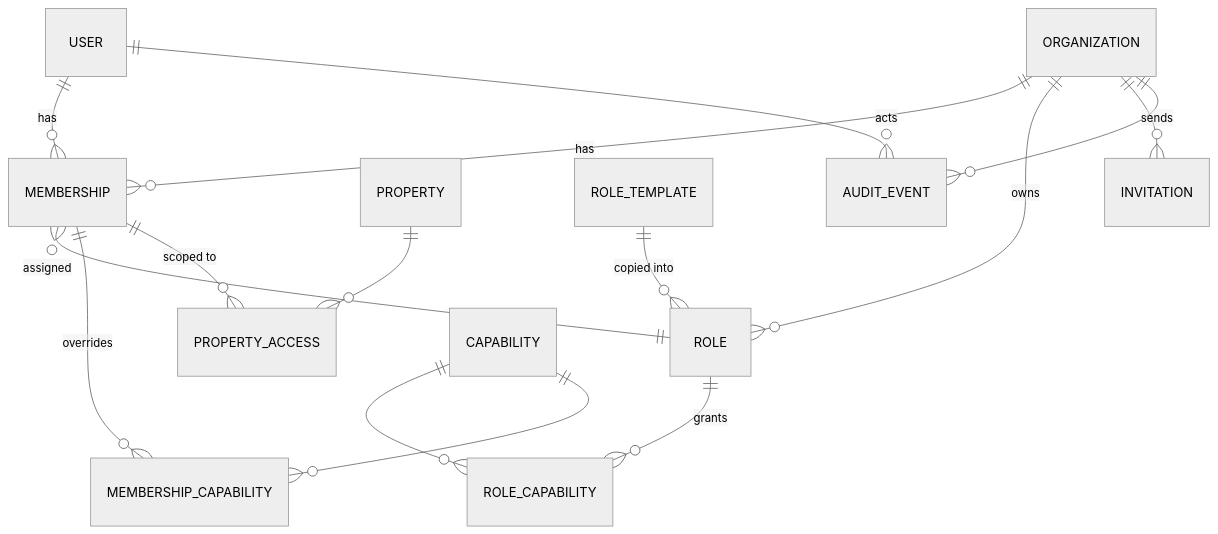
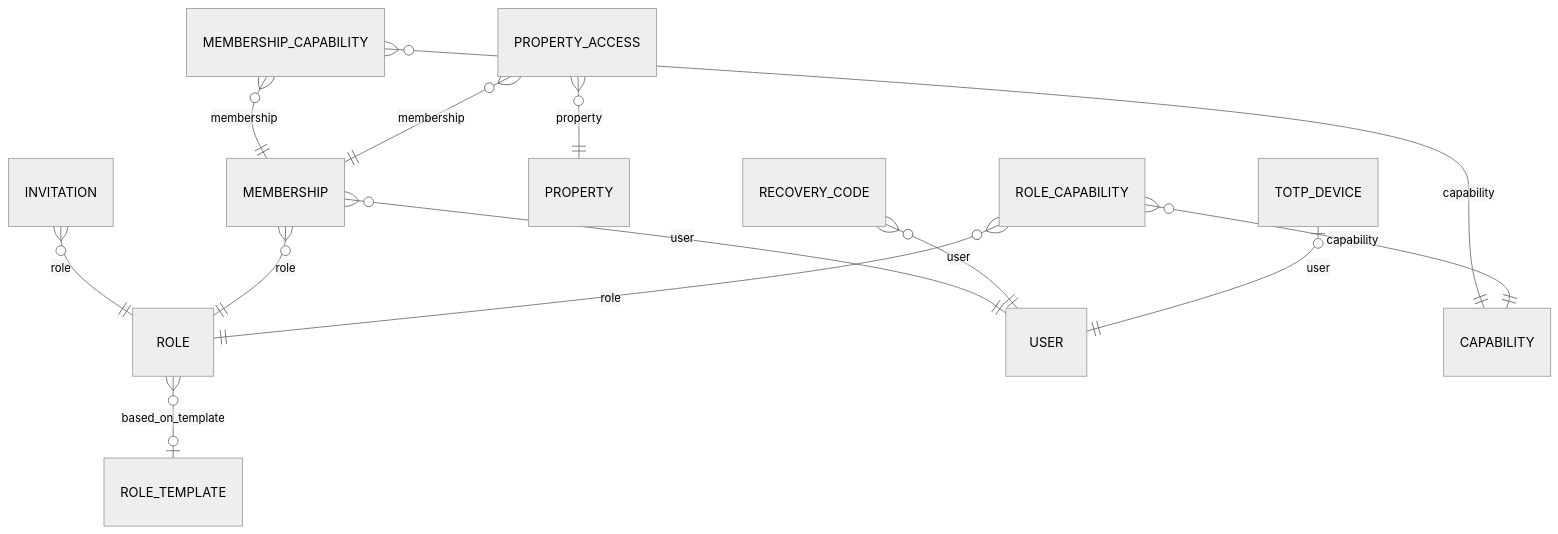
Before and after one commit to meshacklimok/landlordpms: the first of 6 diagrams in config/docs/erd.md, drawn with Mermaid (neutral theme). The commit also changed other lines of this file and 251 other files, not shown here.

````diff
--- a/config/docs/erd.md
+++ b/config/docs/erd.md
@@ -7,17 +15,15 @@
 ```mermaid
 erDiagram
-    USER ||--o{ MEMBERSHIP : has
-    ORGANIZATION ||--o{ MEMBERSHIP : has
-    MEMBERSHIP }o--|| ROLE : "assigned"
-    MEMBERSHIP ||--o{ MEMBERSHIP_CAPABILITY : "overrides"
-    MEMBERSHIP ||--o{ PROPERTY_ACCESS : "scoped to"
-    PROPERTY ||--o{ PROPERTY_ACCESS : ""
-    ORGANIZATION ||--o{ ROLE : owns
-    ROLE_TEMPLATE ||--o{ ROLE : "copied into"
-    ROLE ||--o{ ROLE_CAPABILITY : grants
-    CAPABILITY ||--o{ ROLE_CAPABILITY : ""
-    CAPABILITY ||--o{ MEMBERSHIP_CAPABILITY : ""
-    ORGANIZATION ||--o{ INVITATION : sends
-    USER ||--o{ AUDIT_EVENT : "acts"
-    ORGANIZATION ||--o{ AUDIT_EVENT : ""
+    INVITATION }o--|| ROLE : "role"
+    MEMBERSHIP }o--|| USER : "user"
+    MEMBERSHIP }o--|| ROLE : "role"
+    MEMBERSHIP_CAPABILITY }o--|| MEMBERSHIP : "membership"
+    MEMBERSHIP_CAPABILITY }o--|| CAPABILITY : "capability"
+    PROPERTY_ACCESS }o--|| MEMBERSHIP : "membership"
+    PROPERTY_ACCESS }o--|| PROPERTY : "property"
+    RECOVERY_CODE }o--|| USER : "user"
+    ROLE }o--o| ROLE_TEMPLATE : "based_on_template"
+    ROLE_CAPABILITY }o--|| ROLE : "role"
+    ROLE_CAPABILITY }o--|| CAPABILITY : "capability"
+    TOTP_DEVICE |o--|| USER : "user"
 ```
````
